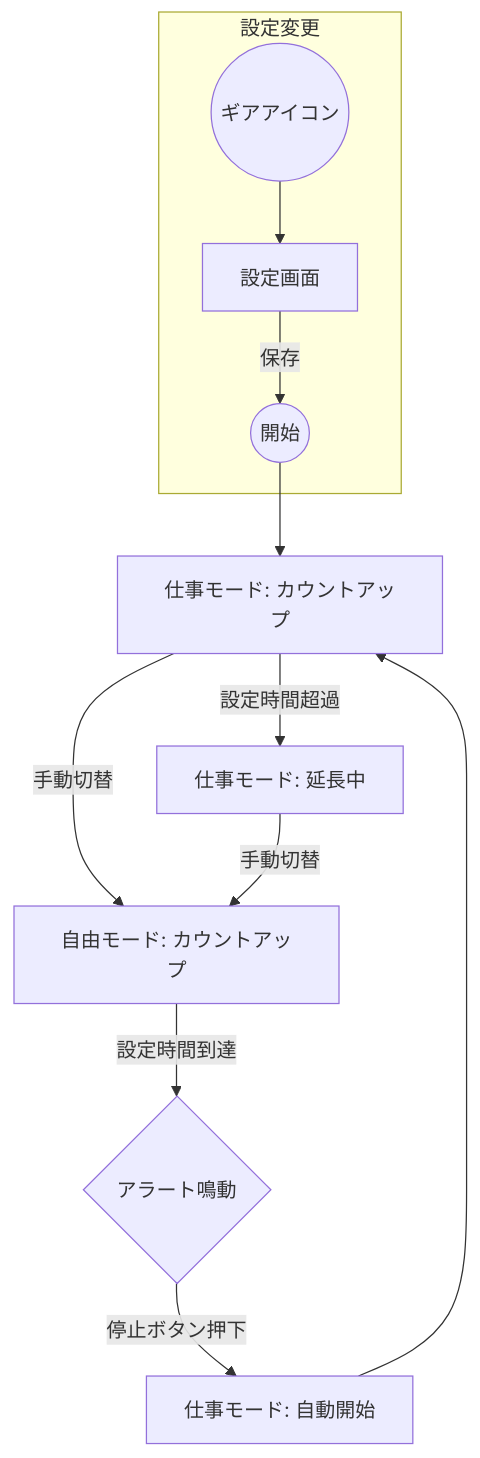
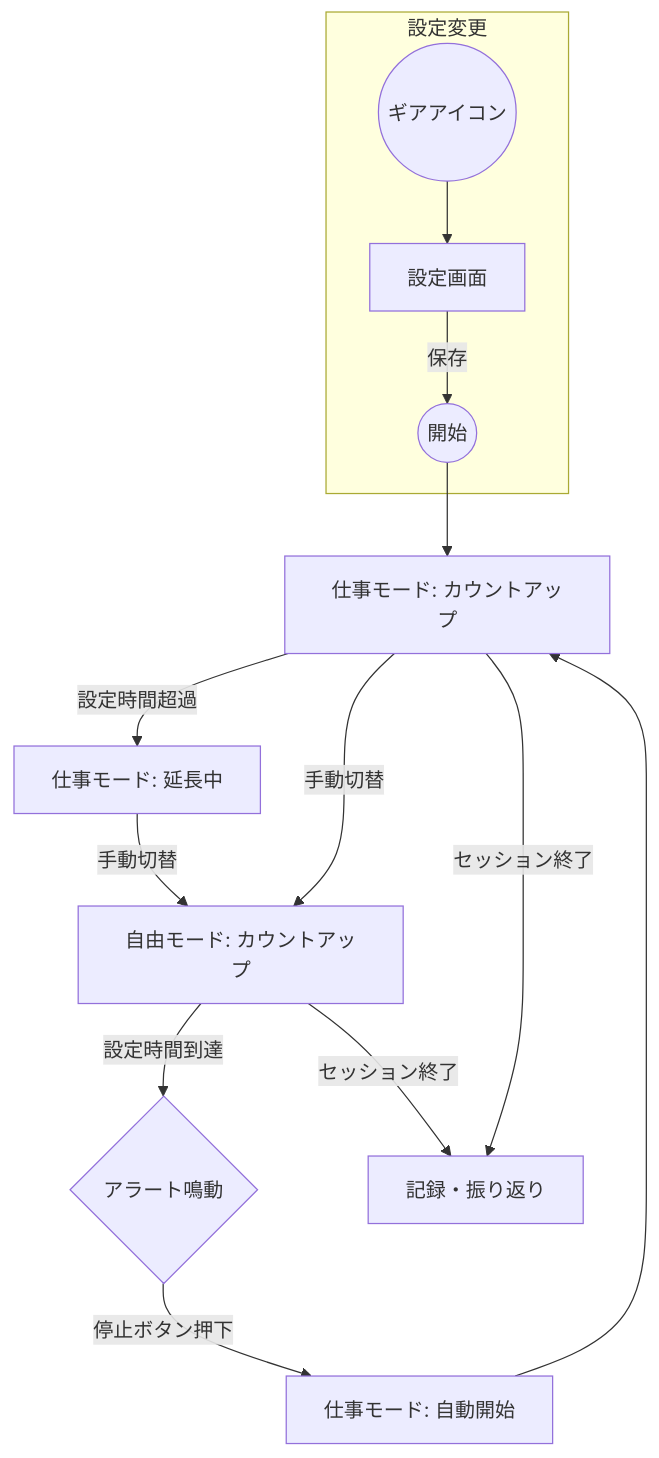
The diagram in TRANSITIONS.md (bramble-brux/fe_modoki), drawn with Mermaid before and after one commit. The commit also changed 3 other files, not shown here.

````diff
--- a/TRANSITIONS.md
+++ b/TRANSITIONS.md
@@ -5,18 +5,21 @@
 ```mermaid
 graph TD
     Start((開始)) --> Work[仕事モード: カウントアップ]
     Work -->|設定時間超過| WorkExt[仕事モード: 延長中]
     
     Work -->|手動切替| Free[自由モード: カウントアップ]
     WorkExt -->|手動切替| Free
     
     Free -->|設定時間到達| Alert{アラート鳴動}
     Alert -->|停止ボタン押下| WorkAuto[仕事モード: 自動開始]
     
     WorkAuto --> Work
     
+    Work -->|セッション終了| Record[記録・振り返り]
+    Free -->|セッション終了| Record
+    
     subgraph 設定変更
         Gear((ギアアイコン)) --> Settings[設定画面]
         Settings -->|保存| Start
     end
 ```
````
